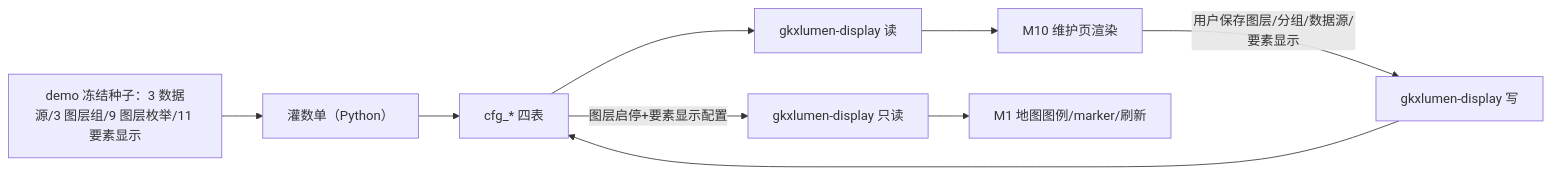
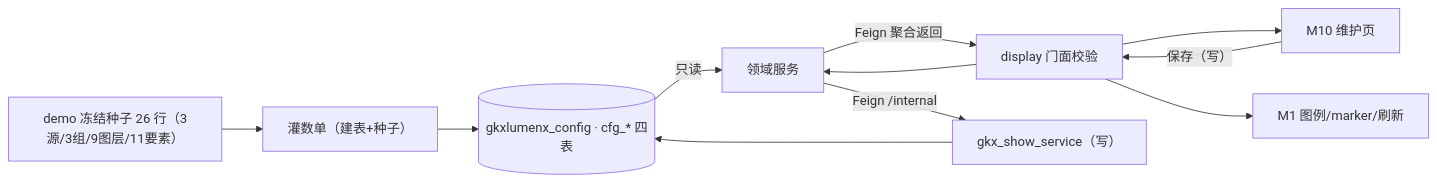
Before and after one commit to Marisolebxf/-: the second of 2 diagrams in agent-delivery/agent-handoffs/科技发展态势-TS/sdd/l2/TS-L2-M10-LAYER-ARCH.md, drawn with Mermaid. The commit also changed other lines of this file and 9 other files, not shown here.

Commit message:
docs(m10-sdd): 监管人裁定写库全归 Python——四稿退路转正（cfg_* 挪 gkxlumenx_config，写经 /internal/gkx-show/**）+ handoff/WBS/registry 同步 [agent:frontend-agent]

````diff
--- a/agent-delivery/agent-handoffs/科技发展态势-TS/sdd/l2/TS-L2-M10-LAYER-ARCH.md
+++ b/agent-delivery/agent-handoffs/科技发展态势-TS/sdd/l2/TS-L2-M10-LAYER-ARCH.md
@@ -89,7 +93,9 @@
 ```mermaid
 flowchart LR
-  seed["demo 冻结种子：3 数据源/3 图层组/9 图层枚举/11 要素显示"] --> pyw["灌数单（Python）"] --> tables["cfg_* 四表"]
-  tables --> jread["gkxlumen-display 读"] --> fe["M10 维护页渲染"]
-  fe -->|"用户保存图层/分组/数据源/要素显示"| jwrite["gkxlumen-display 写"] --> tables
-  tables -->|"图层启停+要素显示配置"| m1read["gkxlumen-display 只读"] --> m1["M1 地图图例/marker/刷新"]
+  seed["demo 冻结种子 26 行（3源/3组/9图层/11要素）"] --> pyw["灌数单（建表+种子）"] --> tables[("gkxlumenx_config · cfg_* 四表")]
+  fe["M10 维护页"] -->|"保存（写）"| bff["display 门面校验"] --> dom["领域服务"] -->|"Feign /internal"| pysvc["gkx_show_service（写）"] --> tables
+  tables -->|"只读"| dom
+  dom -->|"Feign 聚合返回"| bff
+  bff --> fe
+  bff --> m1["M1 图例/marker/刷新"]
 ```
````
